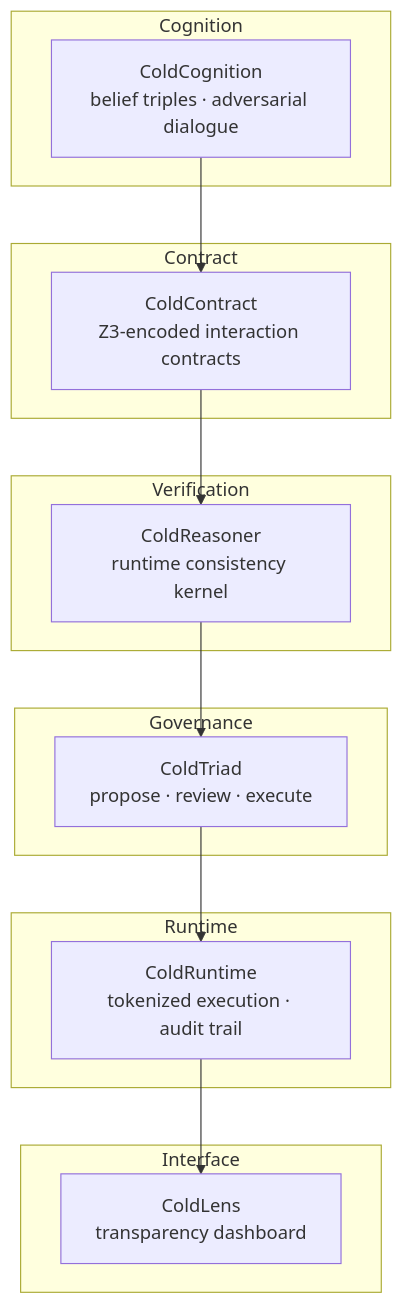
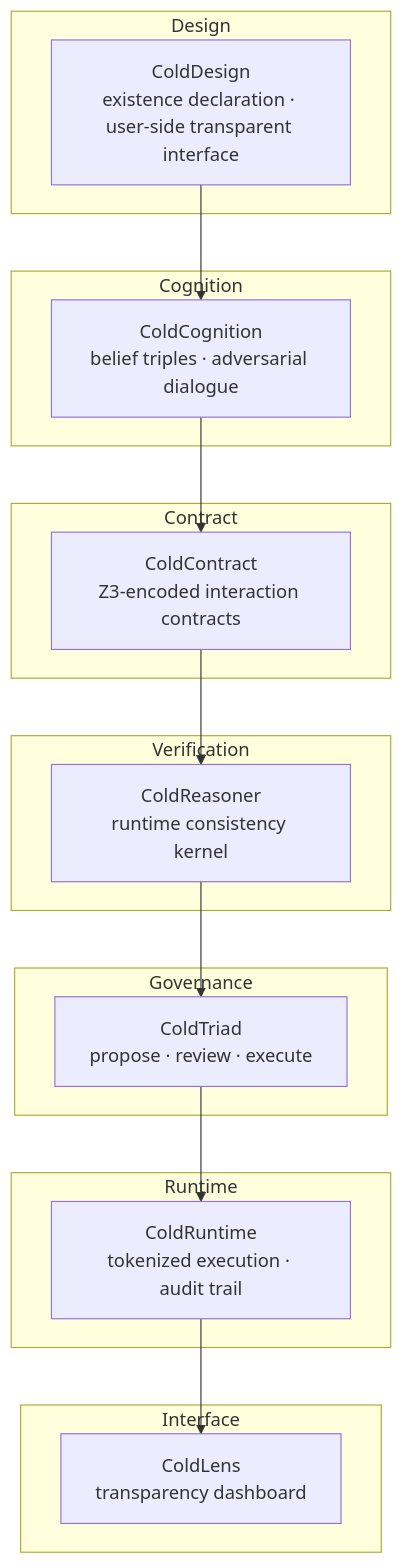
Before and after one commit to cold-os/.github: the diagram in profile/README.md, drawn with Mermaid. The commit also changed other lines of this file, not shown here.

````diff
--- a/profile/README.md
+++ b/profile/README.md
@@ -42,22 +42,25 @@
 ```mermaid
 flowchart TD
+    subgraph D0[Design]
+    G[ColdDesign<br/>existence declaration · user-side transparent interface]
+    end
     subgraph L1[Cognition]
         A[ColdCognition<br/>belief triples · adversarial dialogue]
     end
     subgraph L2[Contract]
         B[ColdContract<br/>Z3-encoded interaction contracts]
     end
     subgraph L3[Verification]
         C[ColdReasoner<br/>runtime consistency kernel]
     end
     subgraph L4[Governance]
         D[ColdTriad<br/>propose · review · execute]
     end
     subgraph L5[Runtime]
         E[ColdRuntime<br/>tokenized execution · audit trail]
     end
     subgraph L6[Interface]
         F[ColdLens<br/>transparency dashboard]
     end
-    A --> B --> C --> D --> E --> F
+    G --> A --> B --> C --> D --> E --> F
 ```
````
